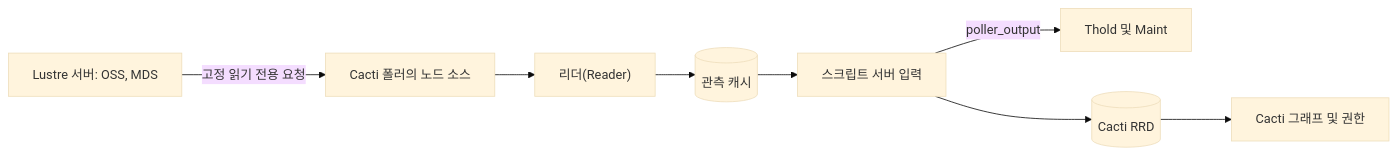
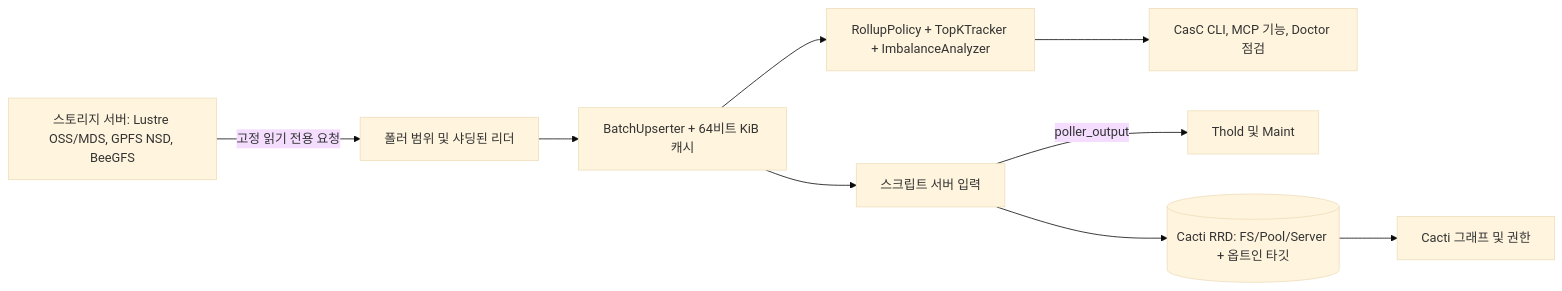
The diagram in docs/i18n/ko-KR/README.md (somethingwithproof/plugin_pfs), drawn with Mermaid (base theme) before and after one commit. The commit also changed other lines of this file and 47 other files, not shown here.

````diff
--- a/docs/i18n/ko-KR/README.md
+++ b/docs/i18n/ko-KR/README.md
@@ -64,10 +72,11 @@
 ```mermaid
 flowchart LR
-    N["Lustre 서버: OSS, MDS"] -->|고정 읽기 전용 요청| S["Cacti 폴러의 노드 소스"]
-    S --> R["리더(Reader)"]
-    R --> C[("관측 캐시")]
-    C --> SS["스크립트 서버 입력"]
+    N["스토리지 서버: Lustre OSS/MDS, GPFS NSD, BeeGFS"] -->|고정 읽기 전용 요청| S["폴러 범위 및 샤딩된 리더"]
+    S --> B["BatchUpserter + 64비트 KiB 캐시"]
+    B --> R["RollupPolicy + TopKTracker + ImbalanceAnalyzer"]
+    B --> SS["스크립트 서버 입력"]
+    R --> ECO["CasC CLI, MCP 기능, Doctor 점검"]
     SS -->|poller_output| T["Thold 및 Maint"]
-    SS --> RRD[("Cacti RRD")]
+    SS --> RRD[("Cacti RRD: FS/Pool/Server + 옵트인 타깃")]
     RRD --> G["Cacti 그래프 및 권한"]
 ```
````
